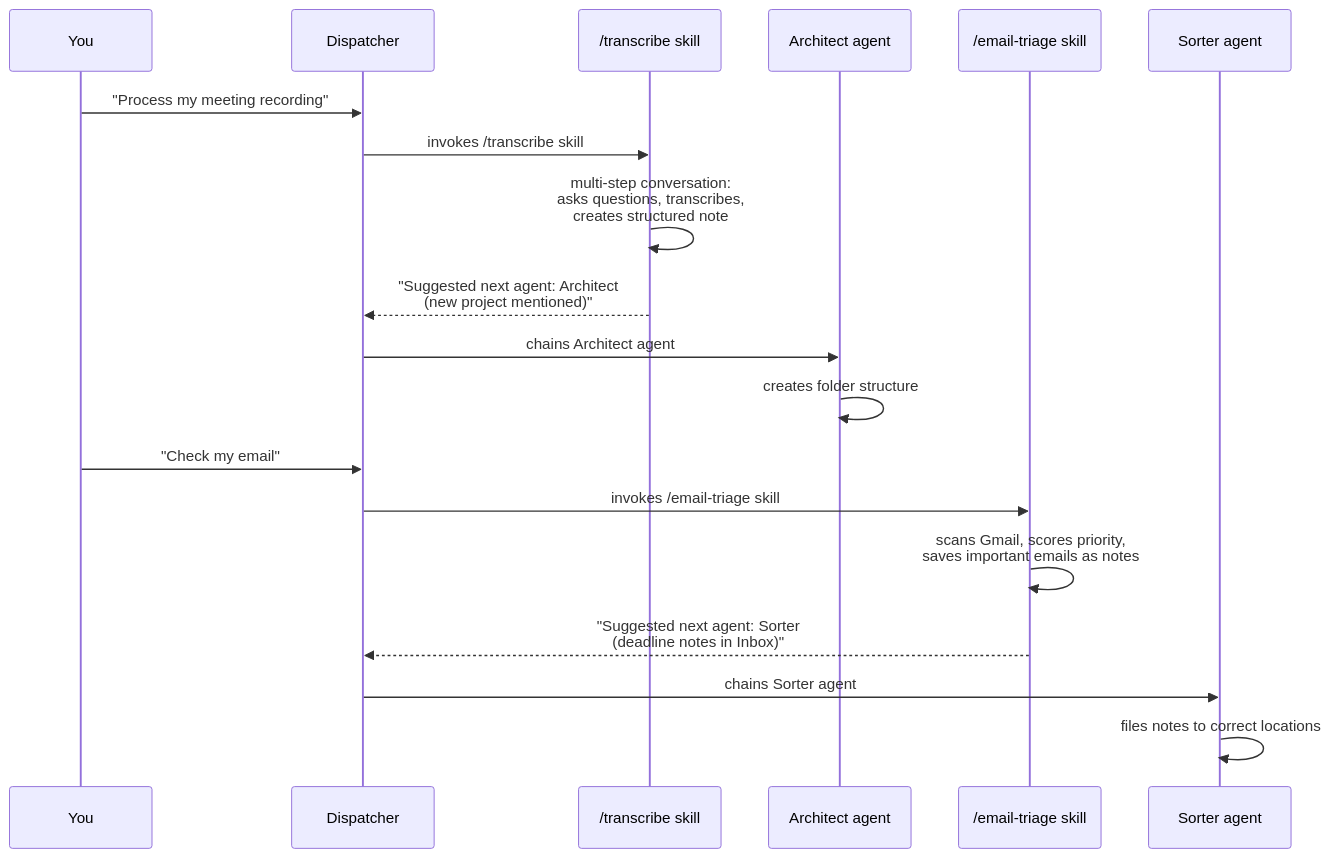
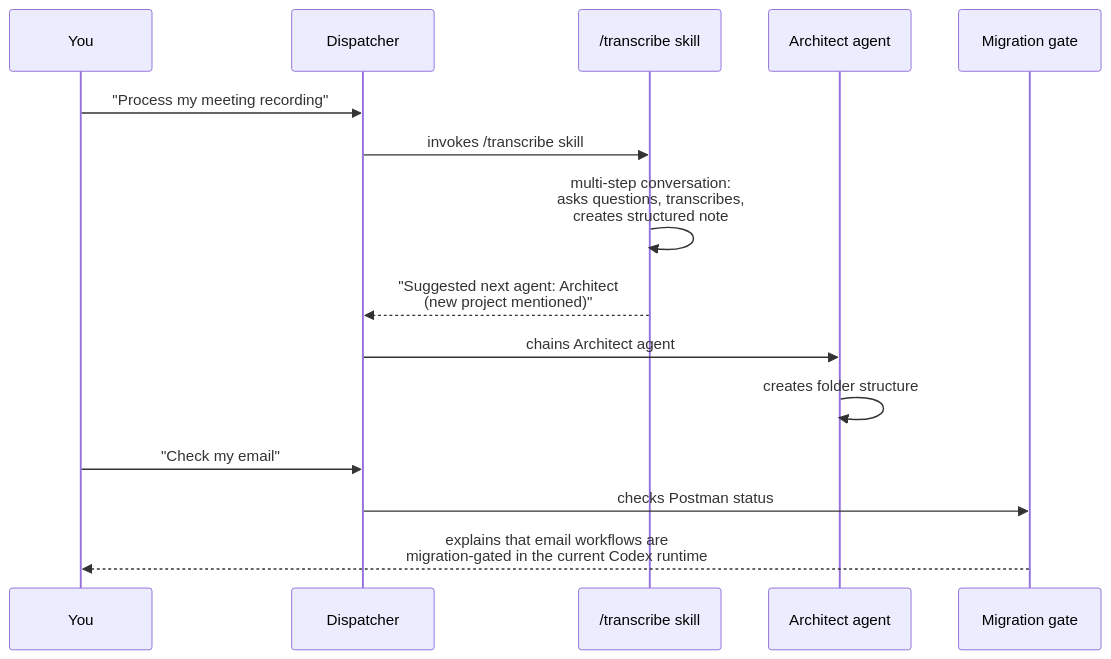
One commit to gnekt/My-Brain-Is-Full-Crew changed the second of 2 diagrams in README.md. Above: the diagram before and after it, drawn with Mermaid. The commit also changed other lines of this file and 54 other files, not shown here.

Commit message:
feat: advance codex migration through round 7a

````diff
--- a/README.md
+++ b/README.md
@@ -212,23 +214,19 @@
 ```mermaid
 sequenceDiagram
     participant U as You
     participant D as Dispatcher
     participant TS as /transcribe skill
     participant A as Architect agent
-    participant ES as /email-triage skill
-    participant S as Sorter agent
+    participant G as Migration gate
 
     U->>D: "Process my meeting recording"
     D->>TS: invokes /transcribe skill
     TS->>TS: multi-step conversation:<br/>asks questions, transcribes,<br/>creates structured note
     TS-->>D: "Suggested next agent: Architect<br/>(new project mentioned)"
     D->>A: chains Architect agent
     A->>A: creates folder structure
 
     U->>D: "Check my email"
-    D->>ES: invokes /email-triage skill
-    ES->>ES: scans Gmail, scores priority,<br/>saves important emails as notes
-    ES-->>D: "Suggested next agent: Sorter<br/>(deadline notes in Inbox)"
-    D->>S: chains Sorter agent
-    S->>S: files notes to correct locations
+    D->>G: checks Postman status
+    G-->>U: explains that email workflows are<br/>migration-gated in the current Codex runtime
 ```
````
